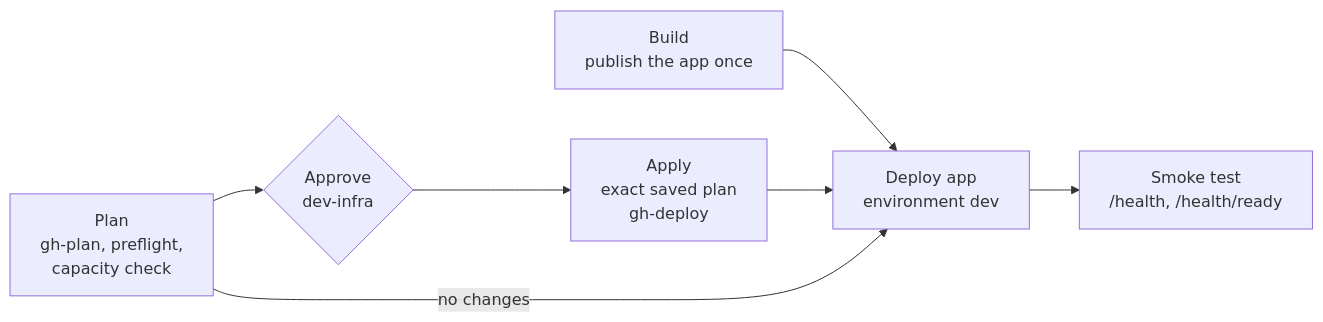
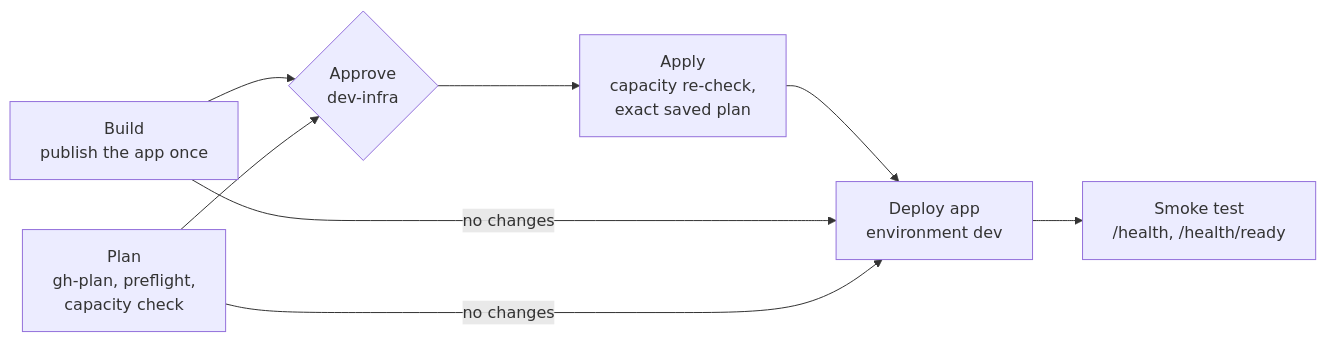
Before and after one commit to ankurparekh1988/payment-ops-investigation-agent: the first of 2 diagrams in docs/Deployment.md, drawn with Mermaid. The commit also changed other lines of this file and 1 other file, not shown here.

Commit message:
docs: describe the gated apply and planned teardown

````diff
--- a/docs/Deployment.md
+++ b/docs/Deployment.md
@@ -150,9 +150,10 @@
 ```mermaid
 flowchart LR
-  B["Build<br/>publish the app once"] --> D
+  B["Build<br/>publish the app once"] --> A
   P["Plan<br/>gh-plan, preflight,<br/>capacity check"] --> A{"Approve<br/>dev-infra"}
-  A --> AP["Apply<br/>exact saved plan<br/>gh-deploy"]
+  A --> AP["Apply<br/>capacity re-check,<br/>exact saved plan"]
   AP --> D["Deploy app<br/>environment dev"]
+  B -->|no changes| D
   P -->|no changes| D
   D --> S["Smoke test<br/>/health, /health/ready"]
 ```
````
